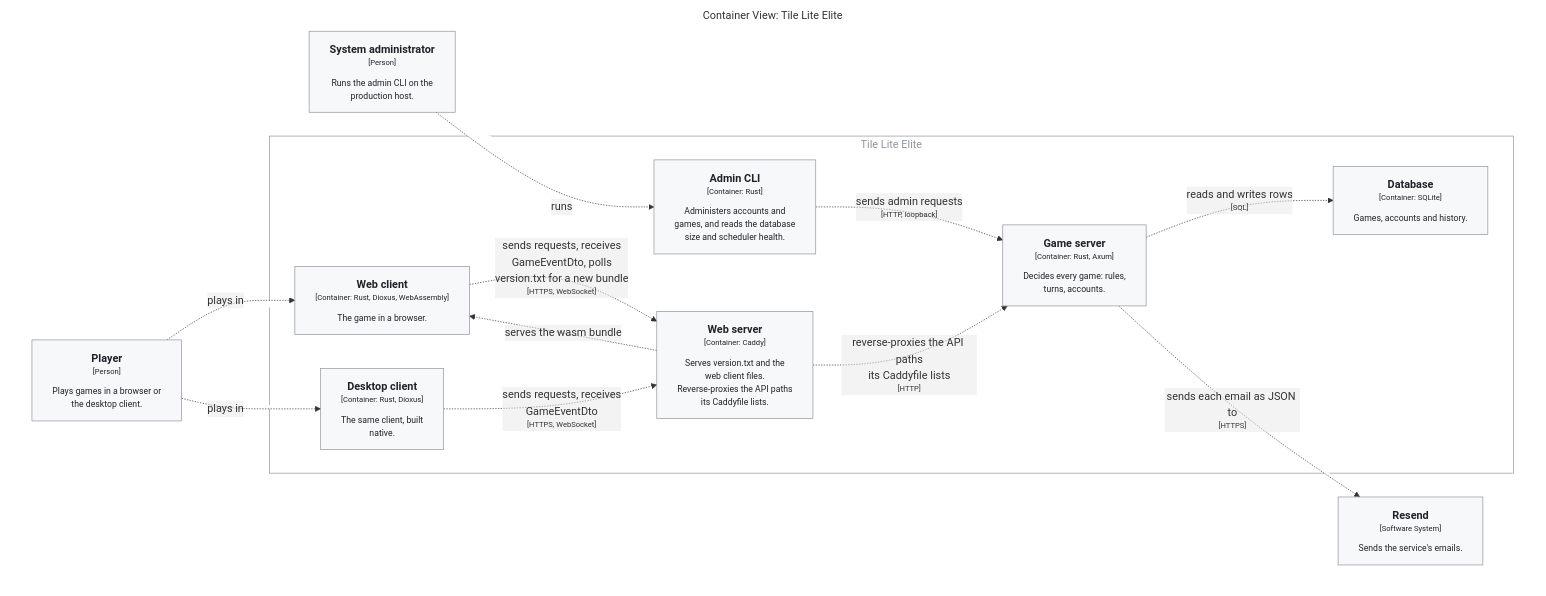
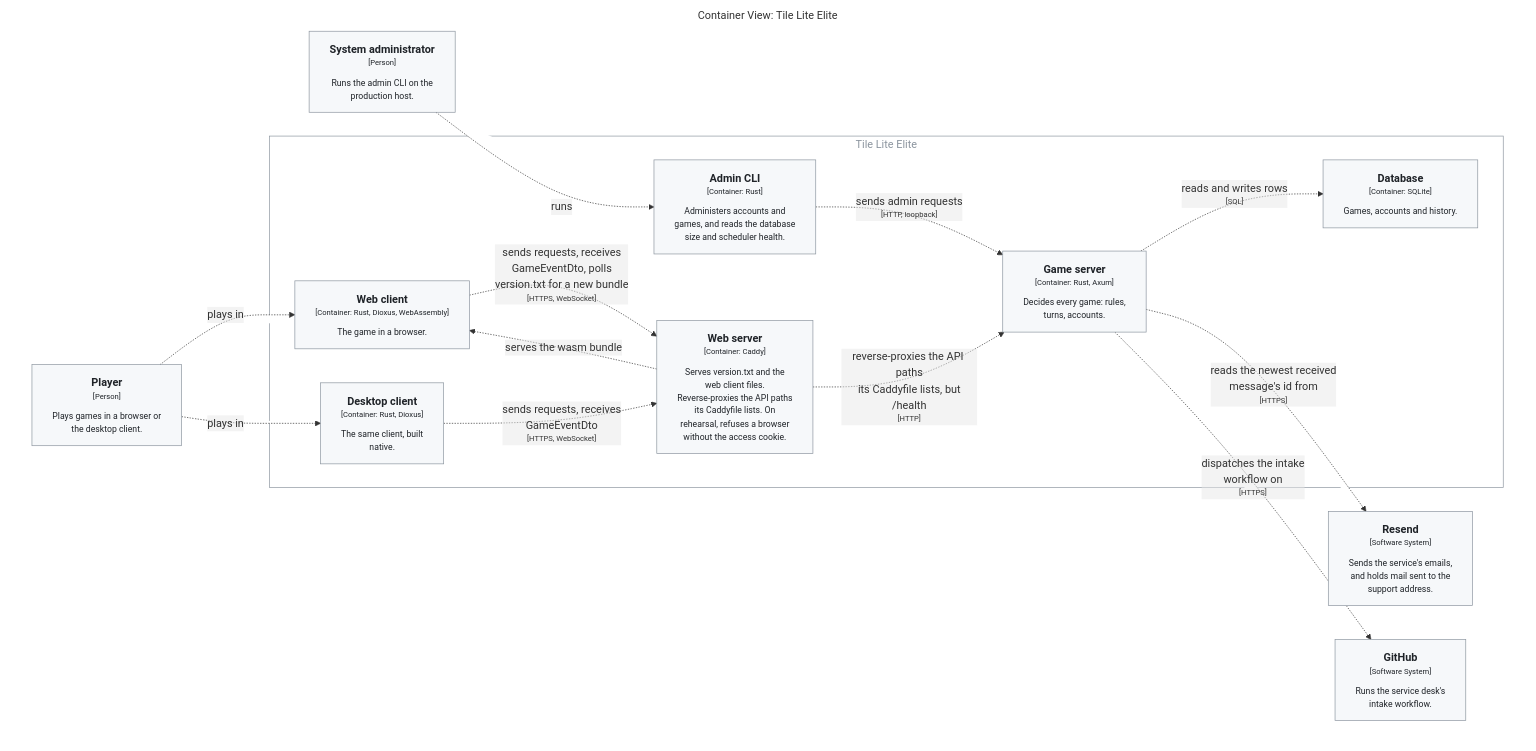
The first of 5 diagrams in docs/4.2.0-design-map.md (delphside/tile-lite-elite), drawn with Mermaid before and after one commit. The commit also changed other lines of this file and 4 other files, not shown here.

````diff
--- a/docs/4.2.0-design-map.md
+++ b/docs/4.2.0-design-map.md
@@ -15,44 +15,47 @@
 ```mermaid
 graph TB
   linkStyle default fill:#ffffff
 
   subgraph diagram ["Container View: Tile Lite Elite"]
     style diagram fill:#ffffff,stroke:#ffffff
 
     1["<div style='font-weight: bold'>Player</div><div style='font-size: 70%; margin-top: 0px'>[Person]</div><div style='font-size: 80%; margin-top:10px'>Plays games in a browser or<br />the desktop client.</div>"]
     style 1 fill:#f6f8fa,stroke:#8c959f,color:#1f2328
     2["<div style='font-weight: bold'>System administrator</div><div style='font-size: 70%; margin-top: 0px'>[Person]</div><div style='font-size: 80%; margin-top:10px'>Runs the admin CLI on the<br />production host.</div>"]
     style 2 fill:#f6f8fa,stroke:#8c959f,color:#1f2328
-    3["<div style='font-weight: bold'>Resend</div><div style='font-size: 70%; margin-top: 0px'>[Software System]</div><div style='font-size: 80%; margin-top:10px'>Sends the service's emails.</div>"]
+    3["<div style='font-weight: bold'>Resend</div><div style='font-size: 70%; margin-top: 0px'>[Software System]</div><div style='font-size: 80%; margin-top:10px'>Sends the service's emails,<br />and holds mail sent to the<br />support address.</div>"]
     style 3 fill:#f6f8fa,stroke:#8c959f,color:#1f2328
+    4["<div style='font-weight: bold'>GitHub</div><div style='font-size: 70%; margin-top: 0px'>[Software System]</div><div style='font-size: 80%; margin-top:10px'>Runs the service desk's<br />intake workflow.</div>"]
+    style 4 fill:#f6f8fa,stroke:#8c959f,color:#1f2328
 
-    subgraph 4 ["Tile Lite Elite"]
-      style 4 fill:#ffffff,stroke:#8c959f,color:#8c959f
+    subgraph 5 ["Tile Lite Elite"]
+      style 5 fill:#ffffff,stroke:#8c959f,color:#8c959f
 
-      27["<div style='font-weight: bold'>Database</div><div style='font-size: 70%; margin-top: 0px'>[Container: SQLite]</div><div style='font-size: 80%; margin-top:10px'>Games, accounts and history.</div>"]
-      style 27 fill:#f6f8fa,stroke:#8c959f,color:#1f2328
-      5["<div style='font-weight: bold'>Web client</div><div style='font-size: 70%; margin-top: 0px'>[Container: Rust, Dioxus, WebAssembly]</div><div style='font-size: 80%; margin-top:10px'>The game in a browser.</div>"]
-      style 5 fill:#f6f8fa,stroke:#8c959f,color:#1f2328
-      6["<div style='font-weight: bold'>Desktop client</div><div style='font-size: 70%; margin-top: 0px'>[Container: Rust, Dioxus]</div><div style='font-size: 80%; margin-top:10px'>The same client, built<br />native.</div>"]
+      10["<div style='font-weight: bold'>Game server</div><div style='font-size: 70%; margin-top: 0px'>[Container: Rust, Axum]</div><div style='font-size: 80%; margin-top:10px'>Decides every game: rules,<br />turns, accounts.</div>"]
+      style 10 fill:#f6f8fa,stroke:#8c959f,color:#1f2328
+      29["<div style='font-weight: bold'>Database</div><div style='font-size: 70%; margin-top: 0px'>[Container: SQLite]</div><div style='font-size: 80%; margin-top:10px'>Games, accounts and history.</div>"]
+      style 29 fill:#f6f8fa,stroke:#8c959f,color:#1f2328
+      6["<div style='font-weight: bold'>Web client</div><div style='font-size: 70%; margin-top: 0px'>[Container: Rust, Dioxus, WebAssembly]</div><div style='font-size: 80%; margin-top:10px'>The game in a browser.</div>"]
       style 6 fill:#f6f8fa,stroke:#8c959f,color:#1f2328
-      7["<div style='font-weight: bold'>Web server</div><div style='font-size: 70%; margin-top: 0px'>[Container: Caddy]</div><div style='font-size: 80%; margin-top:10px'>Serves version.txt and the<br />web client files.<br />Reverse-proxies the API paths<br />its Caddyfile lists.</div>"]
+      7["<div style='font-weight: bold'>Desktop client</div><div style='font-size: 70%; margin-top: 0px'>[Container: Rust, Dioxus]</div><div style='font-size: 80%; margin-top:10px'>The same client, built<br />native.</div>"]
       style 7 fill:#f6f8fa,stroke:#8c959f,color:#1f2328
-      8["<div style='font-weight: bold'>Admin CLI</div><div style='font-size: 70%; margin-top: 0px'>[Container: Rust]</div><div style='font-size: 80%; margin-top:10px'>Administers accounts and<br />games, and reads the database<br />size and scheduler health.</div>"]
+      8["<div style='font-weight: bold'>Web server</div><div style='font-size: 70%; margin-top: 0px'>[Container: Caddy]</div><div style='font-size: 80%; margin-top:10px'>Serves version.txt and the<br />web client files.<br />Reverse-proxies the API paths<br />its Caddyfile lists. On<br />rehearsal, refuses a browser<br />without the access cookie.</div>"]
       style 8 fill:#f6f8fa,stroke:#8c959f,color:#1f2328
-      9["<div style='font-weight: bold'>Game server</div><div style='font-size: 70%; margin-top: 0px'>[Container: Rust, Axum]</div><div style='font-size: 80%; margin-top:10px'>Decides every game: rules,<br />turns, accounts.</div>"]
+      9["<div style='font-weight: bold'>Admin CLI</div><div style='font-size: 70%; margin-top: 0px'>[Container: Rust]</div><div style='font-size: 80%; margin-top:10px'>Administers accounts and<br />games, and reads the database<br />size and scheduler health.</div>"]
       style 9 fill:#f6f8fa,stroke:#8c959f,color:#1f2328
     end
 
-    1-. "<div>plays in</div><div style='font-size: 70%'></div>" .->5
     1-. "<div>plays in</div><div style='font-size: 70%'></div>" .->6
-    2-. "<div>runs</div><div style='font-size: 70%'></div>" .->8
-    7-. "<div>serves the wasm bundle</div><div style='font-size: 70%'></div>" .->5
-    5-. "<div>sends requests, receives<br />GameEventDto, polls<br />version.txt for a new bundle</div><div style='font-size: 70%'>[HTTPS, WebSocket]</div>" .->7
-    6-. "<div>sends requests, receives<br />GameEventDto</div><div style='font-size: 70%'>[HTTPS, WebSocket]</div>" .->7
-    7-. "<div>reverse-proxies the API paths<br />its Caddyfile lists</div><div style='font-size: 70%'>[HTTP]</div>" .->9
-    8-. "<div>sends admin requests</div><div style='font-size: 70%'>[HTTP, loopback]</div>" .->9
-    9-. "<div>reads and writes rows</div><div style='font-size: 70%'>[SQL]</div>" .->27
-    9-. "<div>sends each email as JSON to</div><div style='font-size: 70%'>[HTTPS]</div>" .->3
+    1-. "<div>plays in</div><div style='font-size: 70%'></div>" .->7
+    2-. "<div>runs</div><div style='font-size: 70%'></div>" .->9
+    8-. "<div>serves the wasm bundle</div><div style='font-size: 70%'></div>" .->6
+    6-. "<div>sends requests, receives<br />GameEventDto, polls<br />version.txt for a new bundle</div><div style='font-size: 70%'>[HTTPS, WebSocket]</div>" .->8
+    7-. "<div>sends requests, receives<br />GameEventDto</div><div style='font-size: 70%'>[HTTPS, WebSocket]</div>" .->8
+    8-. "<div>reverse-proxies the API paths<br />its Caddyfile lists, but<br />/health</div><div style='font-size: 70%'>[HTTP]</div>" .->10
+    9-. "<div>sends admin requests</div><div style='font-size: 70%'>[HTTP, loopback]</div>" .->10
+    10-. "<div>reads and writes rows</div><div style='font-size: 70%'>[SQL]</div>" .->29
+    10-. "<div>reads the newest received<br />message's id from</div><div style='font-size: 70%'>[HTTPS]</div>" .->3
+    10-. "<div>dispatches the intake<br />workflow on</div><div style='font-size: 70%'>[HTTPS]</div>" .->4
 
   end
 ```
````
